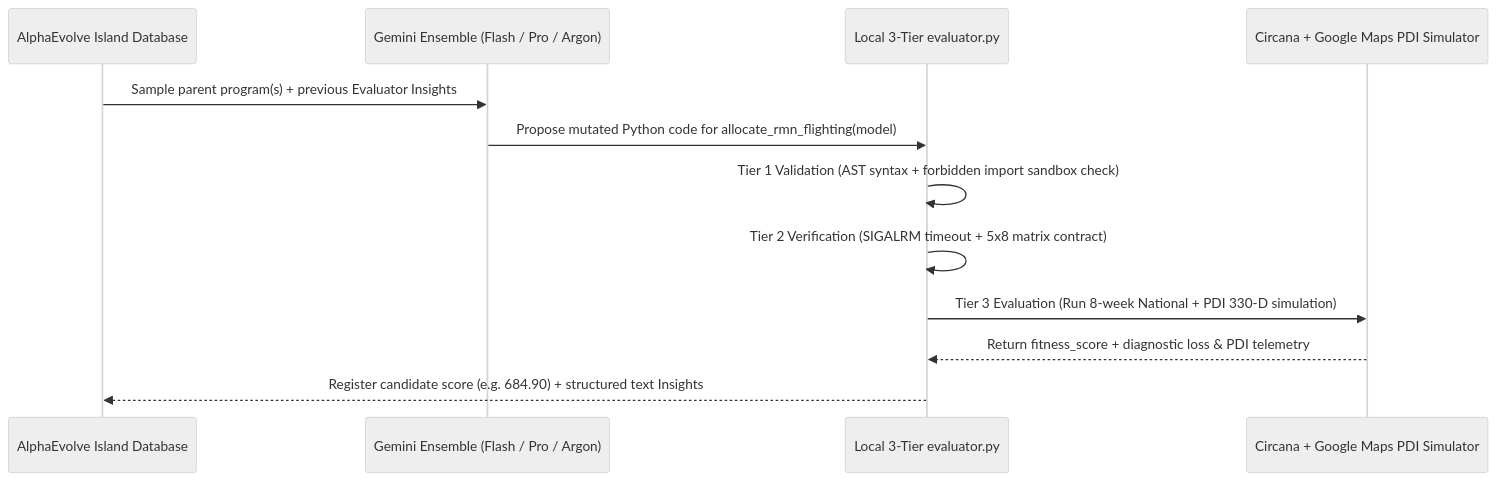
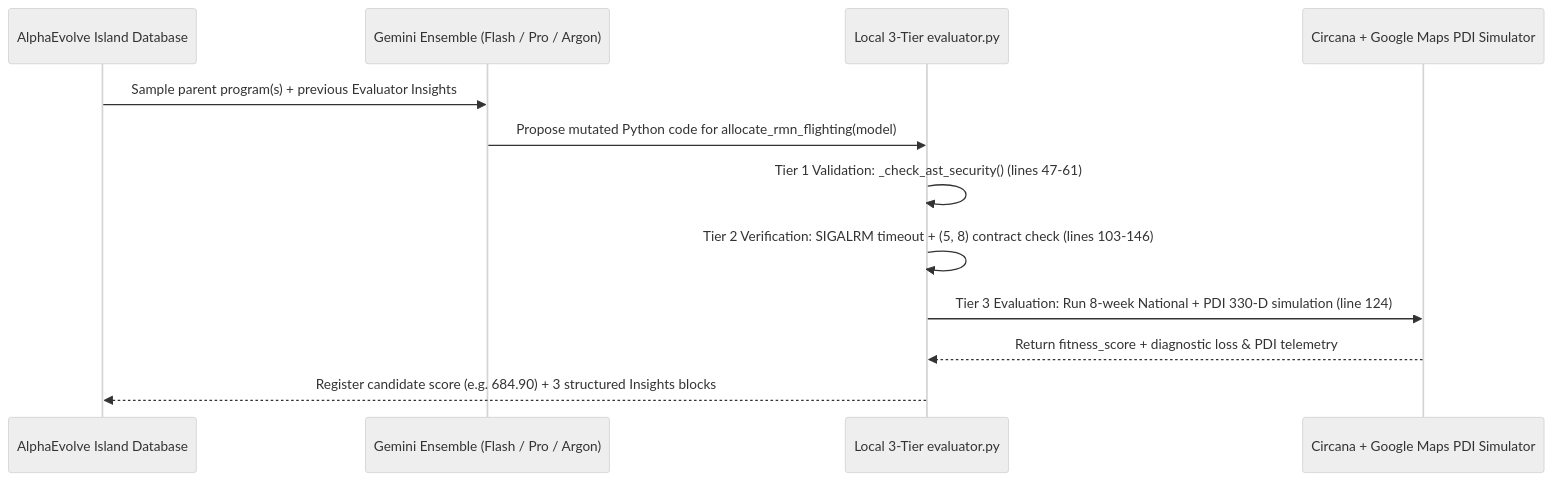
One commit to elhadik/Ads_Alpha_Evolve changed the second of 3 diagrams in README.md. Above: the diagram before and after it, drawn with Mermaid (neutral theme). The commit also changed other lines of this file, not shown here.

Commit message:
Docs: Expand evaluation sections and add comprehensive guide to the 5 evaluation methods in initial_program.py and evaluator.py

````diff
--- a/README.md
+++ b/README.md
@@ -587,15 +672,15 @@
 ```mermaid
 sequenceDiagram
     participant DB as AlphaEvolve Island Database
     participant LLM as Gemini Ensemble (Flash / Pro / Argon)
     participant EVAL as Local 3-Tier evaluator.py
     participant SIM as Circana + Google Maps PDI Simulator
 
     DB->>LLM: Sample parent program(s) + previous Evaluator Insights
     LLM->>EVAL: Propose mutated Python code for allocate_rmn_flighting(model)
-    EVAL->>EVAL: Tier 1 Validation (AST syntax + forbidden import sandbox check)
-    EVAL->>EVAL: Tier 2 Verification (SIGALRM timeout + 5x8 matrix contract)
-    EVAL->>SIM: Tier 3 Evaluation (Run 8-week National + PDI 330-D simulation)
+    EVAL->>EVAL: Tier 1 Validation: _check_ast_security() (lines 47-61)
+    EVAL->>EVAL: Tier 2 Verification: SIGALRM timeout + (5, 8) contract check (lines 103-146)
+    EVAL->>SIM: Tier 3 Evaluation: Run 8-week National + PDI 330-D simulation (line 124)
     SIM-->>EVAL: Return fitness_score + diagnostic loss & PDI telemetry
-    EVAL-->>DB: Register candidate score (e.g. 684.90) + structured text Insights
+    EVAL-->>DB: Register candidate score (e.g. 684.90) + 3 structured Insights blocks
 ```
````
